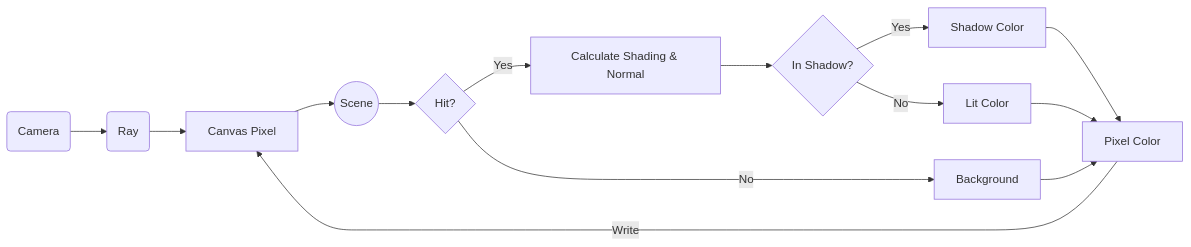
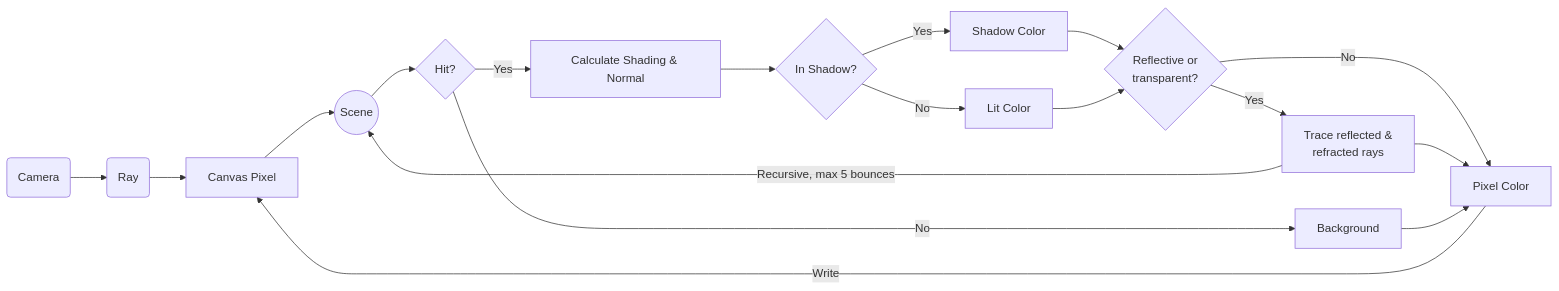
One commit to alessandrogpz/ray-tracer changed the diagram in documentation/explanation/Architecture.md. Above: the diagram before and after it, drawn with Mermaid. The commit also changed other lines of this file and 4 other files, not shown here.

````diff
--- a/documentation/explanation/Architecture.md
+++ b/documentation/explanation/Architecture.md
@@ -13,19 +13,23 @@
 ```mermaid
 flowchart LR
     Start(Camera) --> Ray(Ray)
     Ray --> Canvas[Canvas Pixel]
     Canvas --> Scene((Scene))
     Scene --> Math{Hit?}
 
     Math -->|No| Bg[Background]
     Math -->|Yes| Shading[Calculate Shading & Normal]
 
     Shading --> Shadow{In Shadow?}
     Shadow -->|Yes| SColor[Shadow Color]
     Shadow -->|No| LColor[Lit Color]
 
-    SColor --> Final[Pixel Color]
-    LColor --> Final
+    SColor --> Secondary{Reflective or<br/>transparent?}
+    LColor --> Secondary
+    Secondary -->|Yes| Bounce[Trace reflected &<br/>refracted rays]
+    Bounce -->|Recursive, max 5 bounces| Scene
+    Secondary -->|No| Final[Pixel Color]
+    Bounce --> Final
     Bg --> Final
     Final -->|Write| Canvas
 ```
````
